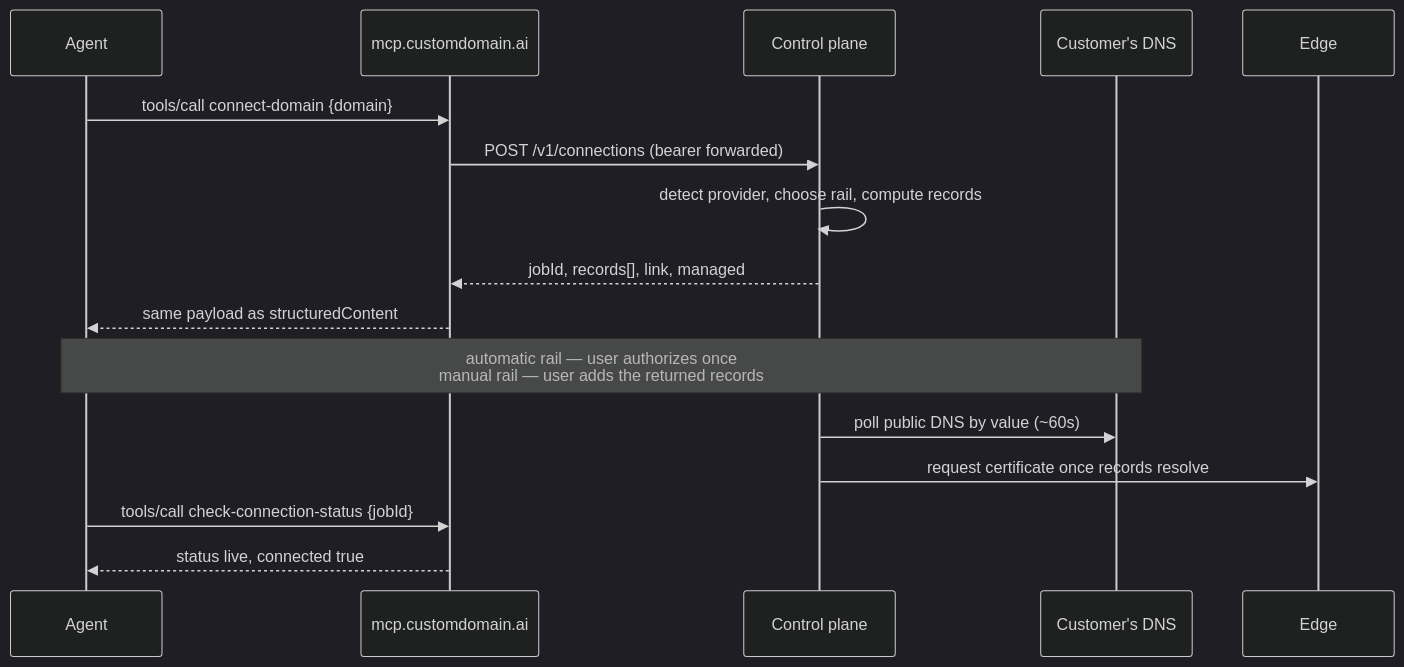
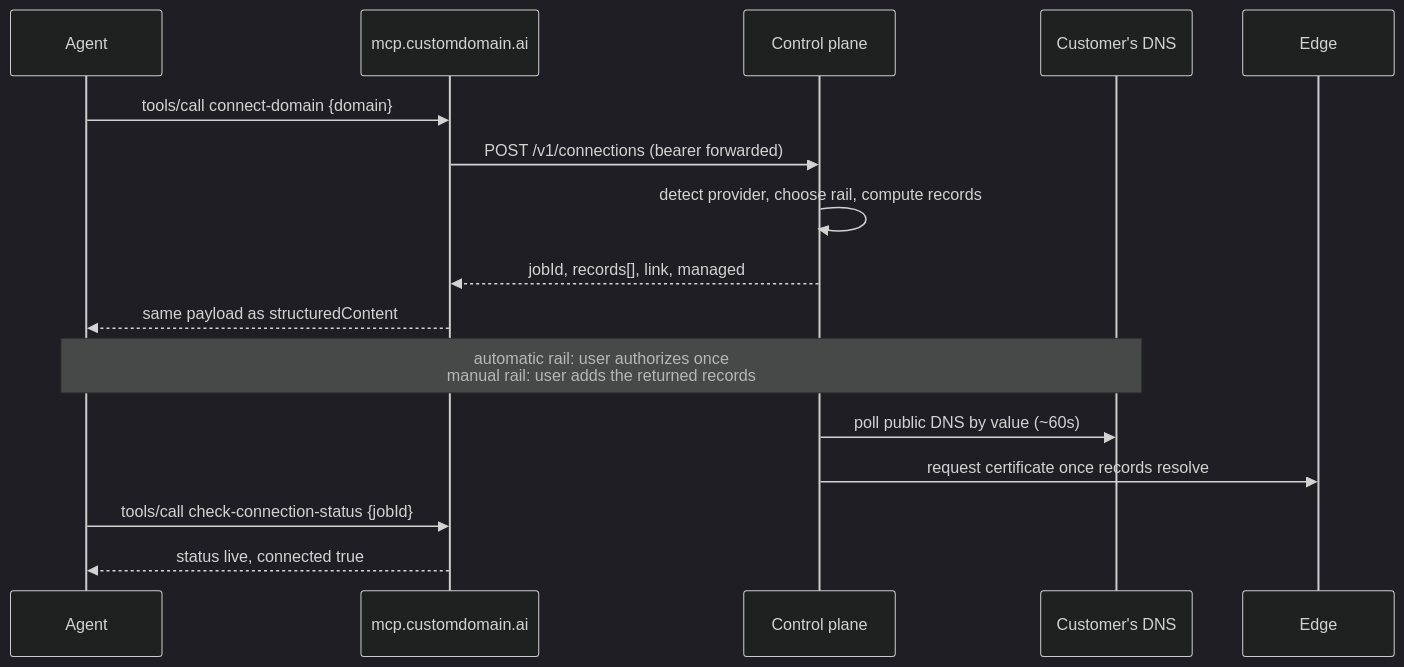
Before and after one commit to CUSTOM-DOMAIN-APP/customdomain-mcp: the second of 2 diagrams in README.md, drawn with Mermaid (dark theme). The commit also changed other lines of this file and 2 other files, not shown here.

````diff
--- a/README.md
+++ b/README.md
@@ -291,18 +292,18 @@
 ```mermaid
 sequenceDiagram
   participant A as Agent
   participant M as mcp.customdomain.ai
   participant C as Control plane
   participant D as Customer's DNS
   participant E as Edge
   A->>M: tools/call connect-domain {domain}
   M->>C: POST /v1/connections (bearer forwarded)
   C->>C: detect provider, choose rail, compute records
   C-->>M: jobId, records[], link, managed
   M-->>A: same payload as structuredContent
-  Note over A,D: automatic rail — user authorizes once<br/>manual rail — user adds the returned records
+  Note over A,D: automatic rail: user authorizes once<br/>manual rail: user adds the returned records
   C->>D: poll public DNS by value (~60s)
   C->>E: request certificate once records resolve
   A->>M: tools/call check-connection-status {jobId}
   M-->>A: status live, connected true
 ```
````
